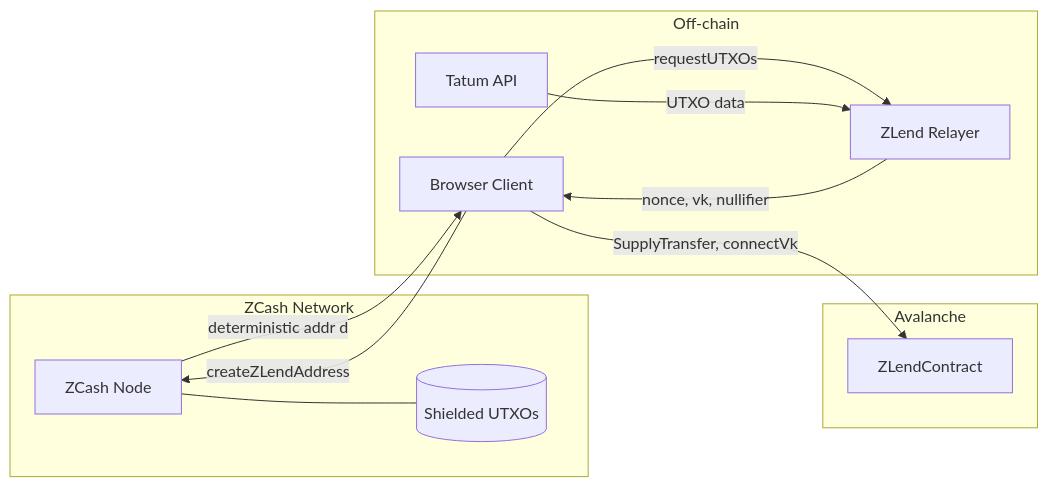
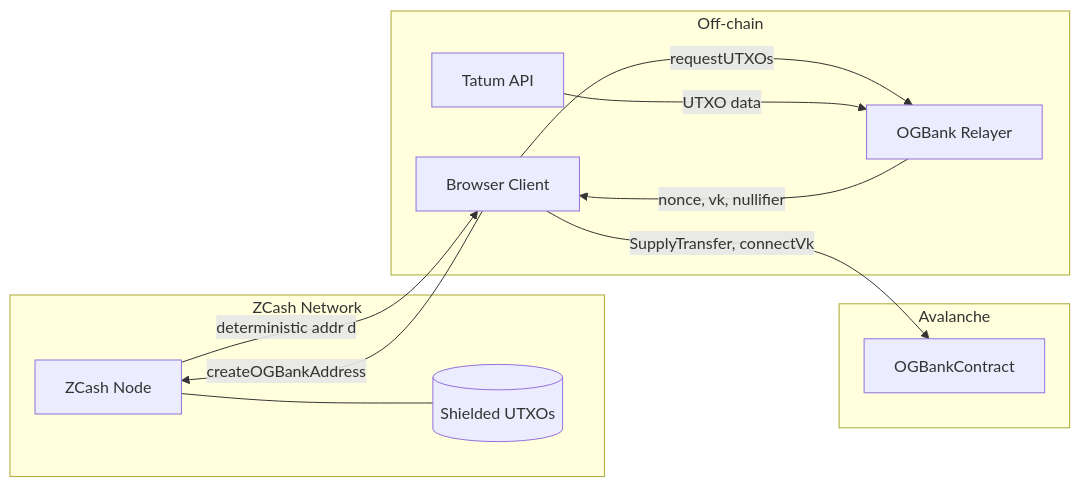
The diagram in docs/technical/05_zcash-integration.md (sebastianlujan/zlend), drawn with Mermaid before and after one commit. The commit also changed other lines of this file and 68 other files, not shown here.

````diff
--- a/docs/technical/05_zcash-integration.md
+++ b/docs/technical/05_zcash-integration.md
@@ -230,25 +230,25 @@
 ```mermaid
 graph LR
     subgraph "ZCash Network"
         ZN[ZCash Node]
         UTXO[(Shielded UTXOs)]
     end
 
     subgraph "Off-chain"
         BRW[Browser Client]
-        REL[ZLend Relayer]
+        REL[OGBank Relayer]
         TAT[Tatum API]
     end
 
     subgraph "Avalanche"
-        ZLC[ZLendContract]
+        ZLC[OGBankContract]
     end
 
-    BRW -->|createZLendAddress| ZN
+    BRW -->|createOGBankAddress| ZN
     ZN -->|deterministic addr d| BRW
     BRW -->|requestUTXOs| REL
     REL -->|nonce, vk, nullifier| BRW
     TAT -->|UTXO data| REL
     BRW -->|SupplyTransfer, connectVk| ZLC
     ZN --- UTXO
 ```
````
